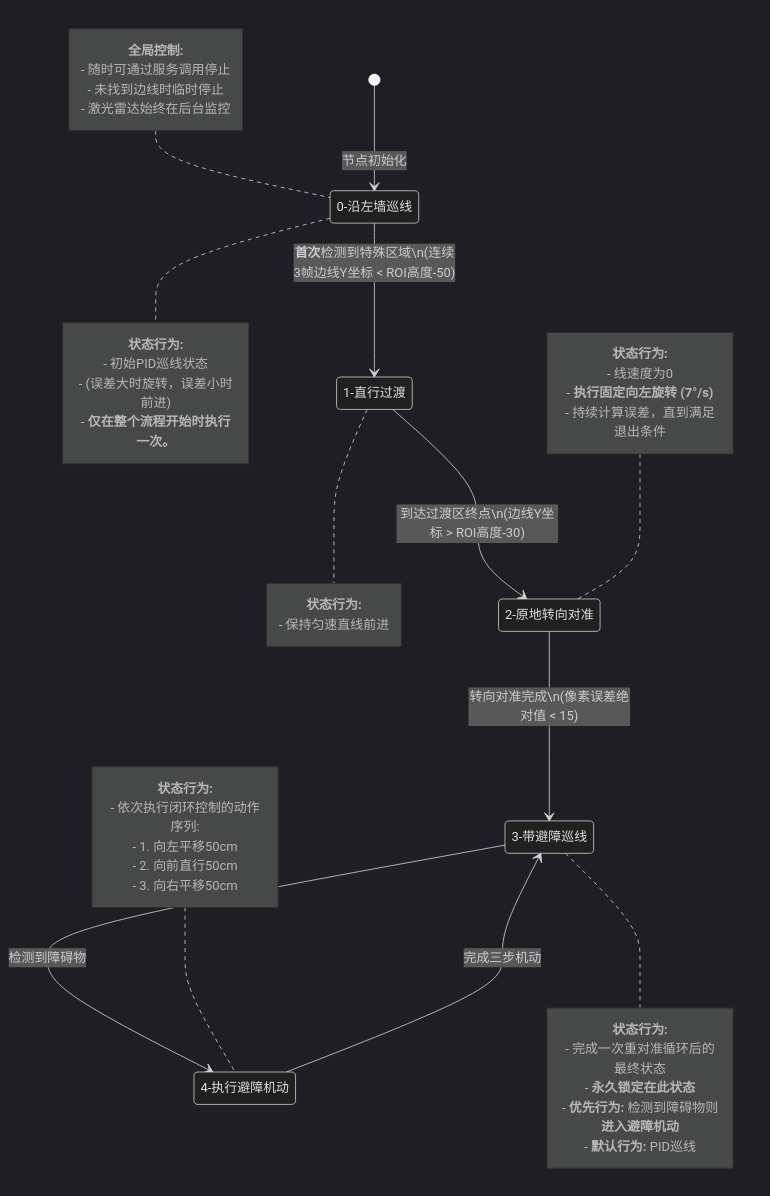
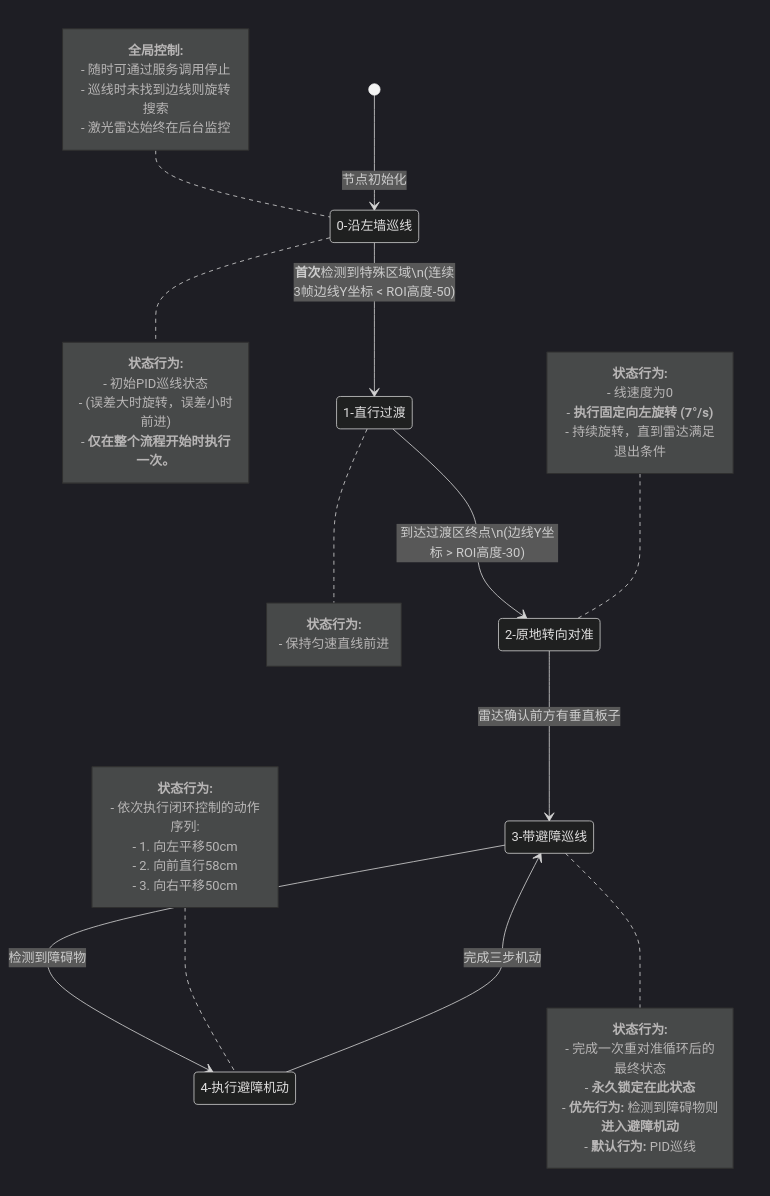
Before and after one commit to Abaabaxx/UCAR-FOLLOW-LINE: the diagram in my_try/八邻域+FTW/mermaid/FTW_left.md, drawn with Mermaid (dark theme). The commit also changed 1 other file, not shown here.

Commit message:
避障：更新FTW_left.md

````diff
--- a/my_try/八邻域+FTW/mermaid/FTW_left.md
+++ b/my_try/八邻域+FTW/mermaid/FTW_left.md
@@ -1,67 +1,67 @@
 ```mermaid
 stateDiagram-v2
     %% 状态定义
     FOLLOW_LEFT: 0-沿左墙巡线
     STRAIGHT_TRANSITION: 1-直行过渡
     ROTATE_ALIGNMENT: 2-原地转向对准
     FOLLOW_LEFT_WITH_AVOIDANCE: 3-带避障巡线
     AVOIDANCE_MANEUVER: 4-执行避障机动
 
     %% 定义初始状态
     [*] --> FOLLOW_LEFT: 节点初始化
 
     %% 状态转换
     FOLLOW_LEFT --> STRAIGHT_TRANSITION: <b>首次</b>检测到特殊区域\n(连续3帧边线Y坐标 < ROI高度-50)
     STRAIGHT_TRANSITION --> ROTATE_ALIGNMENT: 到达过渡区终点\n(边线Y坐标 > ROI高度-30)
-    ROTATE_ALIGNMENT --> FOLLOW_LEFT_WITH_AVOIDANCE: 转向对准完成\n(像素误差绝对值 < 15)
+    ROTATE_ALIGNMENT --> FOLLOW_LEFT_WITH_AVOIDANCE: 雷达确认前方有垂直板子
     FOLLOW_LEFT_WITH_AVOIDANCE --> AVOIDANCE_MANEUVER: 检测到障碍物
     AVOIDANCE_MANEUVER --> FOLLOW_LEFT_WITH_AVOIDANCE: 完成三步机动
 
     %% 沿墙巡线状态说明
     note right of FOLLOW_LEFT
         <b>状态行为:</b>
         - 初始PID巡线状态
         - (误差大时旋转，误差小时前进)
         - <b>仅在整个流程开始时执行一次。</b>
     end note
 
     %% 直行过渡状态说明
     note right of STRAIGHT_TRANSITION
         <b>状态行为:</b>
         - 保持匀速直线前进
     end note
 
     %% 原地转向对准状态说明
     note left of ROTATE_ALIGNMENT
         <b>状态行为:</b>
         - 线速度为0
         - <b>执行固定向左旋转 (7°/s)</b>
-        - 持续计算误差，直到满足退出条件
+        - 持续旋转，直到雷达满足退出条件
     end note
 
     %% 带避障巡线状态说明
     note right of FOLLOW_LEFT_WITH_AVOIDANCE
         <b>状态行为:</b>
         - 完成一次重对准循环后的最终状态
         - <b>永久锁定在此状态</b>
         - <b>优先行为:</b> 检测到障碍物则<b>进入避障机动</b>
         - <b>默认行为:</b> PID巡线
     end note
 
     %% 执行避障机动状态说明
     note left of AVOIDANCE_MANEUVER
         <b>状态行为:</b>
         - 依次执行闭环控制的动作序列:
         - 1. 向左平移50cm
-        - 2. 向前直行50cm
+        - 2. 向前直行58cm
         - 3. 向右平移50cm
     end note
 
     %% 全局控制说明
     note left of FOLLOW_LEFT
         <b>全局控制:</b>
         - 随时可通过服务调用停止
-        - 未找到边线时临时停止
+        - 巡线时未找到边线则旋转搜索
         - 激光雷达始终在后台监控
     end note
 ```
````
